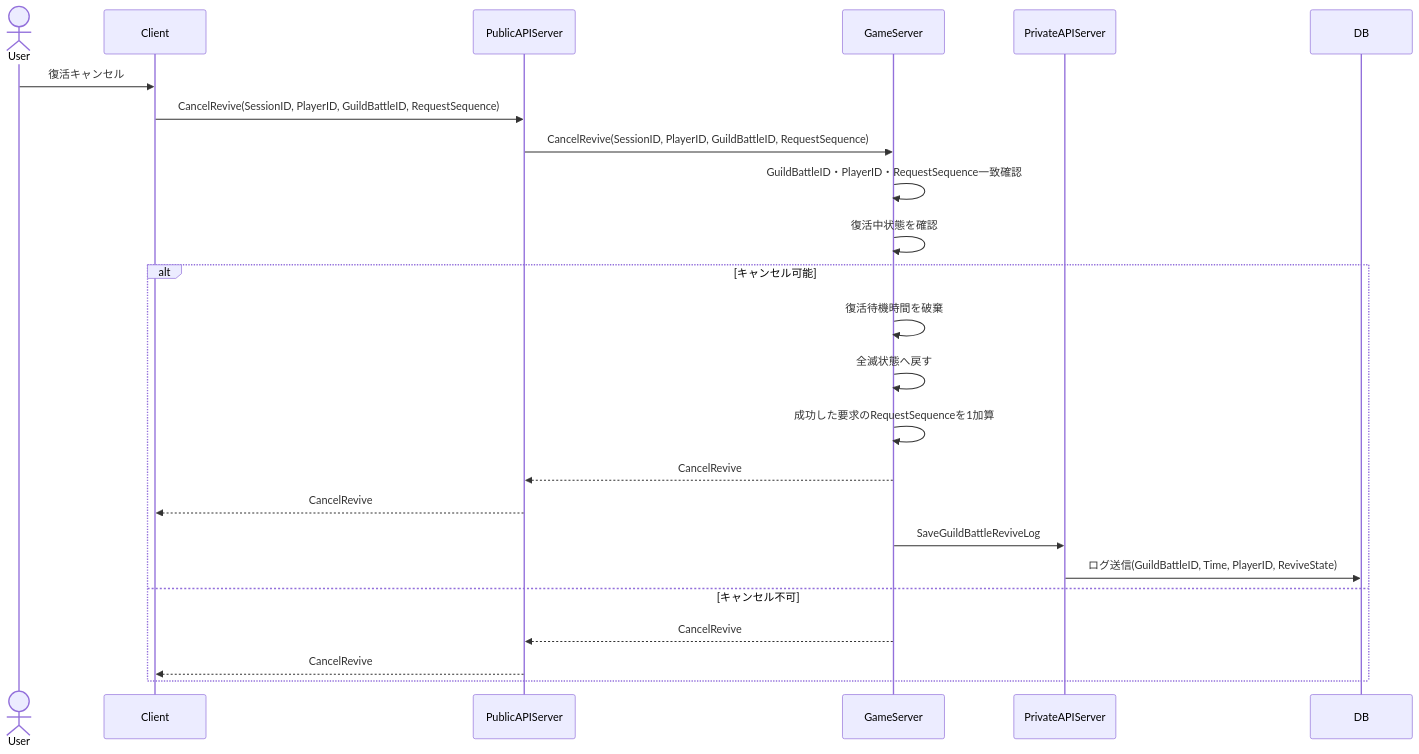
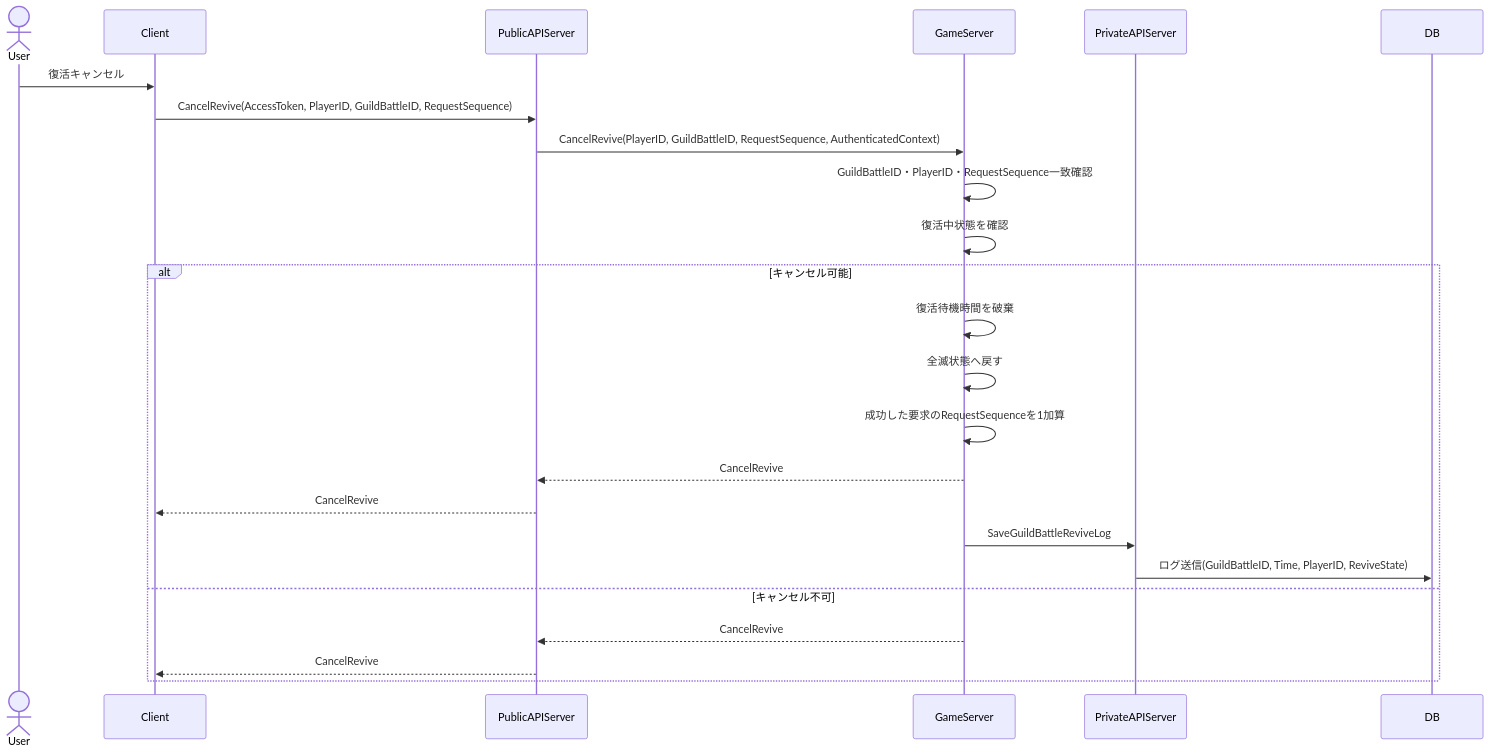
Before and after one commit to ReHydrangeaOdyssey/Specifications: diagram 14 of 16 in design/guild_battle.md, drawn with Mermaid. The commit also changed other lines of this file and 18 other files, not shown here.

````diff
--- a/design/guild_battle.md
+++ b/design/guild_battle.md
@@ -556,30 +572,30 @@
 ```mermaid
 sequenceDiagram
     actor User
     participant Client
     participant PublicAPIServer
     participant GameServer
     participant PrivateAPIServer
     participant DB
 
     User->>Client: 復活キャンセル
-    Client->>PublicAPIServer: CancelRevive(SessionID, PlayerID, GuildBattleID, RequestSequence)
-    PublicAPIServer->>GameServer: CancelRevive(SessionID, PlayerID, GuildBattleID, RequestSequence)
+    Client->>PublicAPIServer: CancelRevive(AccessToken, PlayerID, GuildBattleID, RequestSequence)
+    PublicAPIServer->>GameServer: CancelRevive(PlayerID, GuildBattleID, RequestSequence, AuthenticatedContext)
 
     GameServer->>GameServer: GuildBattleID・PlayerID・RequestSequence一致確認
     GameServer->>GameServer: 復活中状態を確認
 
     alt キャンセル可能
         GameServer->>GameServer: 復活待機時間を破棄
         GameServer->>GameServer: 全滅状態へ戻す
         GameServer->>GameServer: 成功した要求のRequestSequenceを1加算
         GameServer-->>PublicAPIServer: CancelRevive
         PublicAPIServer-->>Client: CancelRevive
 
         GameServer ->> PrivateAPIServer: SaveGuildBattleReviveLog
         PrivateAPIServer ->> DB: ログ送信(GuildBattleID, Time, PlayerID, ReviveState)
     else キャンセル不可
         GameServer-->>PublicAPIServer: CancelRevive
         PublicAPIServer-->>Client: CancelRevive
     end
 ```
````
